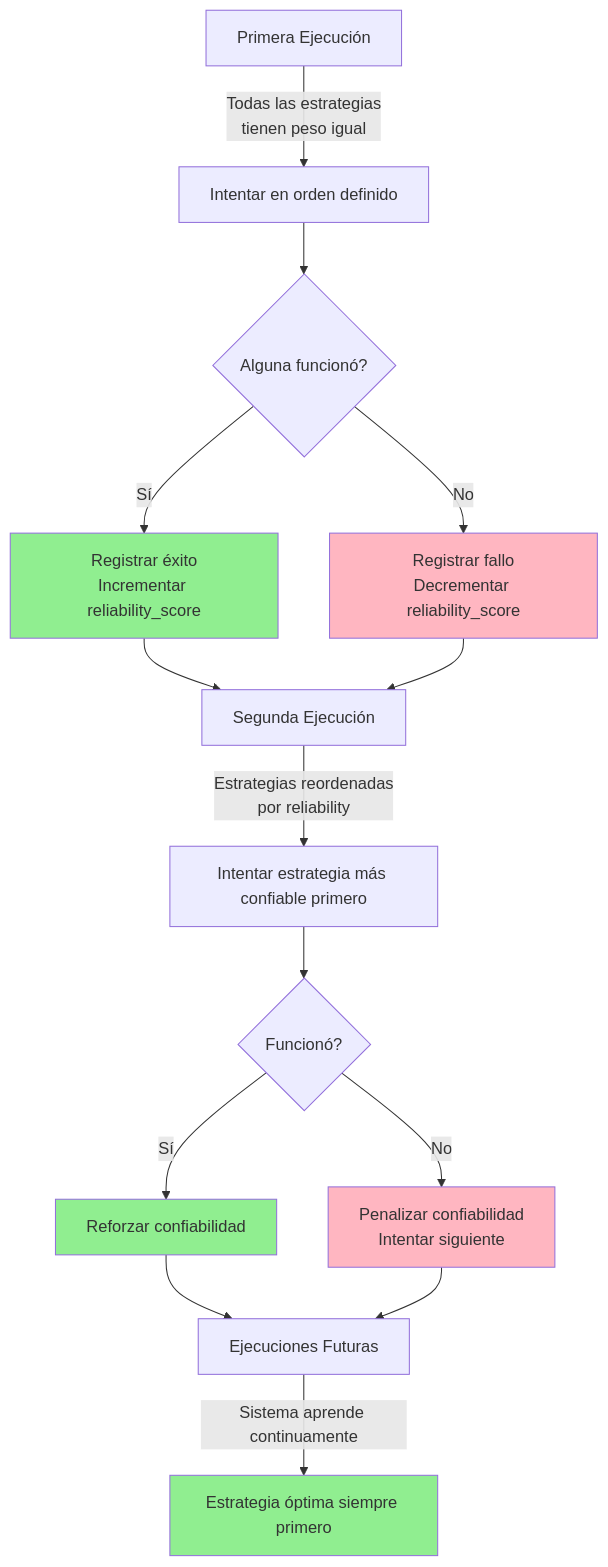
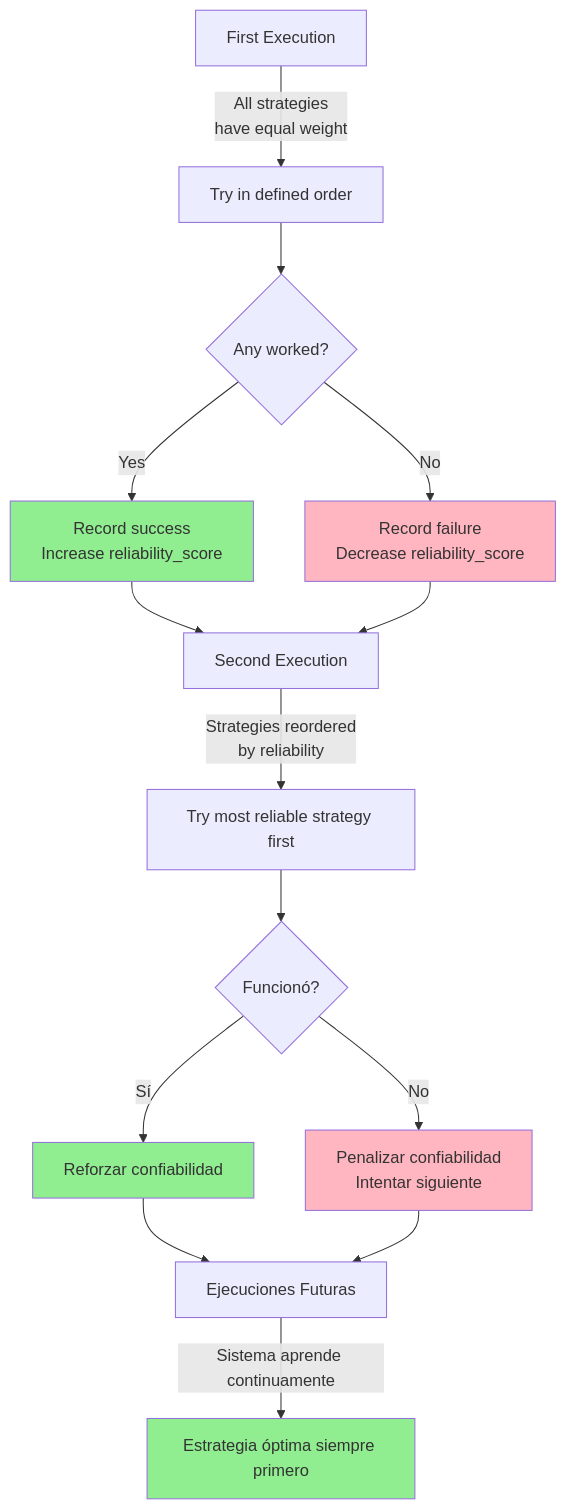
One commit to MiguelDiazVelarde/AIInitiatives changed the second of 3 diagrams in ui-testing-ai/diagrams/self-healing-flow.md. Above: the diagram before and after it, drawn with Mermaid. The commit also changed other lines of this file and 5 other files, not shown here.

````diff
--- a/ui-testing-ai/diagrams/self-healing-flow.md
+++ b/ui-testing-ai/diagrams/self-healing-flow.md
@@ -125,26 +125,26 @@
 ```mermaid
 graph TD
-    A[Primera Ejecución] -->|Todas las estrategias<br/>tienen peso igual| B[Intentar en orden definido]
-    B --> C{Alguna funcionó?}
-    C -->|Sí| D[Registrar éxito<br/>Incrementar reliability_score]
-    C -->|No| E[Registrar fallo<br/>Decrementar reliability_score]
+    A[First Execution] -->|All strategies<br/>have equal weight| B[Try in defined order]
+    B --> C{Any worked?}
+    C -->|Yes| D[Record success<br/>Increase reliability_score]
+    C -->|No| E[Record failure<br/>Decrease reliability_score]
     
-    D --> F[Segunda Ejecución]
+    D --> F[Second Execution]
     E --> F
     
-    F -->|Estrategias reordenadas<br/>por reliability| G[Intentar estrategia más confiable primero]
+    F -->|Strategies reordered<br/>by reliability| G[Try most reliable strategy first]
     G --> H{Funcionó?}
     H -->|Sí| I[Reforzar confiabilidad]
     H -->|No| J[Penalizar confiabilidad<br/>Intentar siguiente]
     
     I --> K[Ejecuciones Futuras]
     J --> K
     
     K -->|Sistema aprende continuamente| L[Estrategia óptima siempre primero]
     
     style D fill:#90EE90
     style I fill:#90EE90
     style L fill:#90EE90
     style E fill:#FFB6C1
     style J fill:#FFB6C1
 ```
````
